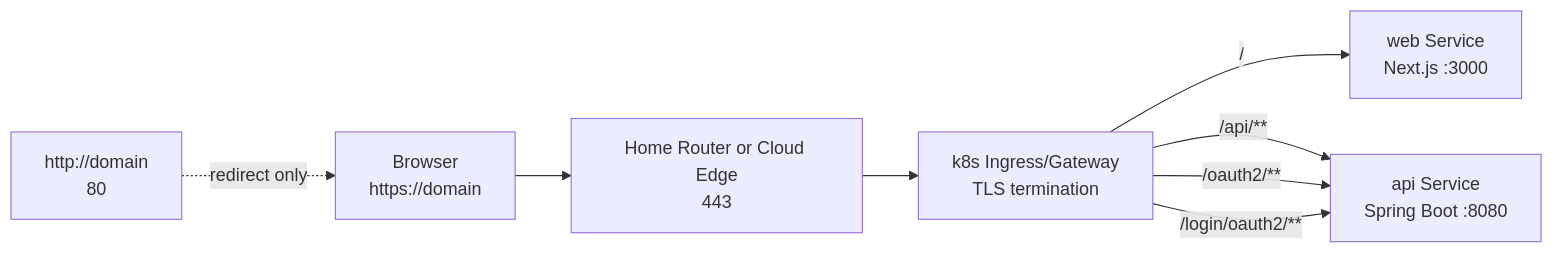
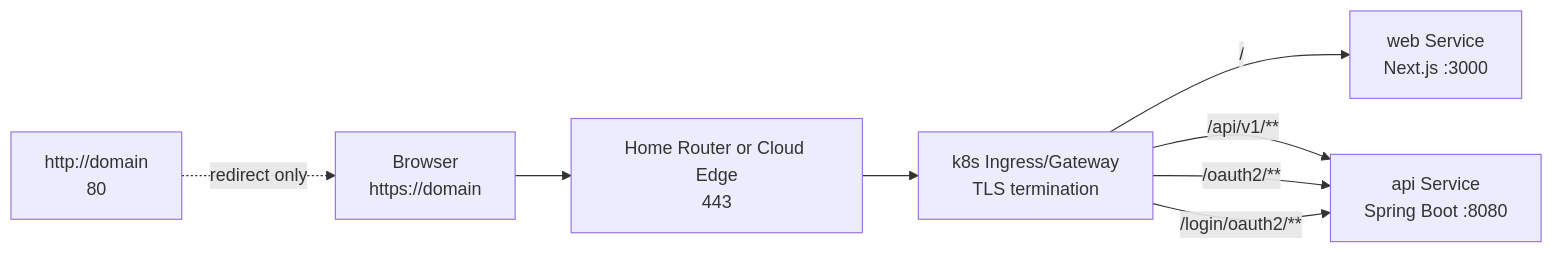
One commit to ChoHadam/plannet changed the second of 2 diagrams in docs/research/2026-07-31-public-exposure-port-policy.md. Above: the diagram before and after it, drawn with Mermaid. The commit also changed other lines of this file and 46 other files, not shown here.

````diff
--- a/docs/research/2026-07-31-public-exposure-port-policy.md
+++ b/docs/research/2026-07-31-public-exposure-port-policy.md
@@ -60,11 +62,11 @@
 ```mermaid
 flowchart LR
     Browser["Browser<br/>https://domain"] --> Router["Home Router or Cloud Edge<br/>443"]
     Router --> Ingress["k8s Ingress/Gateway<br/>TLS termination"]
     Ingress -->|"/"| Web["web Service<br/>Next.js :3000"]
-    Ingress -->|"/api/**"| Api["api Service<br/>Spring Boot :8080"]
+    Ingress -->|"/api/v1/**"| Api["api Service<br/>Spring Boot :8080"]
     Ingress -->|"/oauth2/**"| Api
     Ingress -->|"/login/oauth2/**"| Api
 
     Http["http://domain<br/>80"] -. "redirect only" .-> Browser
 ```
````
